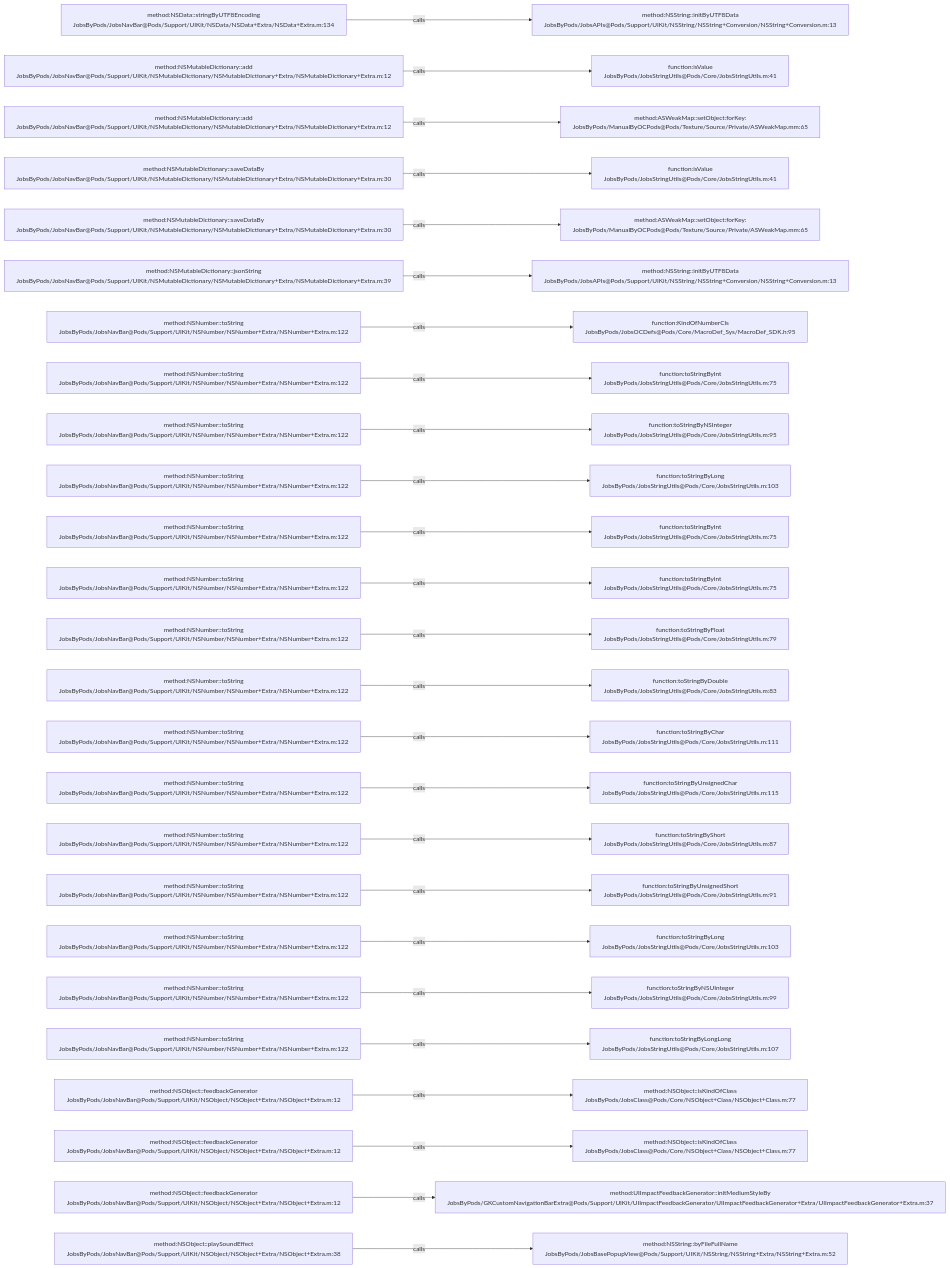
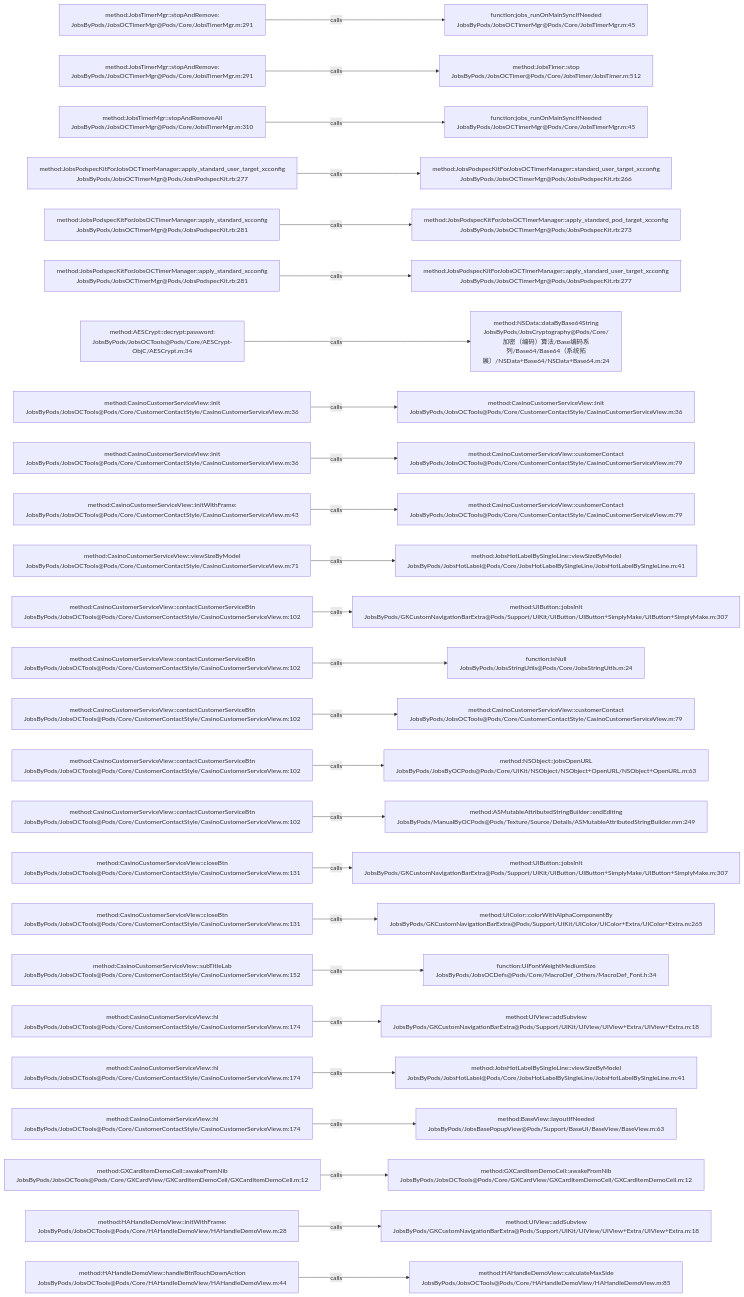
The diagram in .codegraph/codegraph.md/graphs/calls-147.md (JobsKits/JobsOCBaseConfigDemo), drawn with Mermaid before and after one commit. The commit also changed 1026 other files, not shown here.

````diff
--- a/.codegraph/codegraph.md/graphs/calls-147.md
+++ b/.codegraph/codegraph.md/graphs/calls-147.md
@@ -13,78 +13,78 @@
 ```mermaid
 flowchart LR
-  S1["method:NSData::stringByUTF8Encoding<br/>JobsByPods/JobsNavBar@Pods/Support/UIKit/NSData/NSData+Extra/NSData+Extra.m:134"]
-  T1["method:NSString::initByUTF8Data<br/>JobsByPods/JobsAPIs@Pods/Support/UIKit/NSString/NSString+Conversion/NSString+Conversion.m:13"]
+  S1["method:JobsTimerMgr::stopAndRemove:<br/>JobsByPods/JobsOCTimerMgr@Pods/Core/JobsTimerMgr.m:291"]
+  T1["function:jobs_runOnMainSyncIfNeeded<br/>JobsByPods/JobsOCTimerMgr@Pods/Core/JobsTimerMgr.m:45"]
   S1 -->|calls| T1
-  S2["method:NSMutableDictionary::add<br/>JobsByPods/JobsNavBar@Pods/Support/UIKit/NSMutableDictionary/NSMutableDictionary+Extra/NSMutableDictionary+Extra.m:12"]
-  T2["function:isValue<br/>JobsByPods/JobsStringUtils@Pods/Core/JobsStringUtils.m:41"]
+  S2["method:JobsTimerMgr::stopAndRemove:<br/>JobsByPods/JobsOCTimerMgr@Pods/Core/JobsTimerMgr.m:291"]
+  T2["method:JobsTimer::stop<br/>JobsByPods/JobsOCTimer@Pods/Core/JobsTimer/JobsTimer.m:512"]
   S2 -->|calls| T2
-  S3["method:NSMutableDictionary::add<br/>JobsByPods/JobsNavBar@Pods/Support/UIKit/NSMutableDictionary/NSMutableDictionary+Extra/NSMutableDictionary+Extra.m:12"]
-  T3["method:ASWeakMap::setObject:forKey:<br/>JobsByPods/ManualByOCPods@Pods/Texture/Source/Private/ASWeakMap.mm:65"]
+  S3["method:JobsTimerMgr::stopAndRemoveAll<br/>JobsByPods/JobsOCTimerMgr@Pods/Core/JobsTimerMgr.m:310"]
+  T3["function:jobs_runOnMainSyncIfNeeded<br/>JobsByPods/JobsOCTimerMgr@Pods/Core/JobsTimerMgr.m:45"]
   S3 -->|calls| T3
-  S4["method:NSMutableDictionary::saveDataBy<br/>JobsByPods/JobsNavBar@Pods/Support/UIKit/NSMutableDictionary/NSMutableDictionary+Extra/NSMutableDictionary+Extra.m:30"]
-  T4["function:isValue<br/>JobsByPods/JobsStringUtils@Pods/Core/JobsStringUtils.m:41"]
+  S4["method:JobsPodspecKitForJobsOCTimerManager::apply_standard_user_target_xcconfig<br/>JobsByPods/JobsOCTimerMgr@Pods/JobsPodspecKit.rb:277"]
+  T4["method:JobsPodspecKitForJobsOCTimerManager::standard_user_target_xcconfig<br/>JobsByPods/JobsOCTimerMgr@Pods/JobsPodspecKit.rb:266"]
   S4 -->|calls| T4
-  S5["method:NSMutableDictionary::saveDataBy<br/>JobsByPods/JobsNavBar@Pods/Support/UIKit/NSMutableDictionary/NSMutableDictionary+Extra/NSMutableDictionary+Extra.m:30"]
-  T5["method:ASWeakMap::setObject:forKey:<br/>JobsByPods/ManualByOCPods@Pods/Texture/Source/Private/ASWeakMap.mm:65"]
+  S5["method:JobsPodspecKitForJobsOCTimerManager::apply_standard_xcconfig<br/>JobsByPods/JobsOCTimerMgr@Pods/JobsPodspecKit.rb:281"]
+  T5["method:JobsPodspecKitForJobsOCTimerManager::apply_standard_pod_target_xcconfig<br/>JobsByPods/JobsOCTimerMgr@Pods/JobsPodspecKit.rb:273"]
   S5 -->|calls| T5
-  S6["method:NSMutableDictionary::jsonString<br/>JobsByPods/JobsNavBar@Pods/Support/UIKit/NSMutableDictionary/NSMutableDictionary+Extra/NSMutableDictionary+Extra.m:39"]
-  T6["method:NSString::initByUTF8Data<br/>JobsByPods/JobsAPIs@Pods/Support/UIKit/NSString/NSString+Conversion/NSString+Conversion.m:13"]
+  S6["method:JobsPodspecKitForJobsOCTimerManager::apply_standard_xcconfig<br/>JobsByPods/JobsOCTimerMgr@Pods/JobsPodspecKit.rb:281"]
+  T6["method:JobsPodspecKitForJobsOCTimerManager::apply_standard_user_target_xcconfig<br/>JobsByPods/JobsOCTimerMgr@Pods/JobsPodspecKit.rb:277"]
   S6 -->|calls| T6
-  S7["method:NSNumber::toString<br/>JobsByPods/JobsNavBar@Pods/Support/UIKit/NSNumber/NSNumber+Extra/NSNumber+Extra.m:122"]
-  T7["function:KindOfNumberCls<br/>JobsByPods/JobsOCDefs@Pods/Core/MacroDef_Sys/MacroDef_SDK.h:95"]
+  S7["method:AESCrypt::decrypt:password:<br/>JobsByPods/JobsOCTools@Pods/Core/AESCrypt-ObjC/AESCrypt.m:34"]
+  T7["method:NSData::dataByBase64String<br/>JobsByPods/JobsCryptography@Pods/Core/加密（编码）算法/Base编码系列/Base64/Base64（系统拓展）/NSData+Base64/NSData+Base64.m:24"]
   S7 -->|calls| T7
-  S8["method:NSNumber::toString<br/>JobsByPods/JobsNavBar@Pods/Support/UIKit/NSNumber/NSNumber+Extra/NSNumber+Extra.m:122"]
-  T8["function:toStringByInt<br/>JobsByPods/JobsStringUtils@Pods/Core/JobsStringUtils.m:75"]
+  S8["method:CasinoCustomerServiceView::init<br/>JobsByPods/JobsOCTools@Pods/Core/CustomerContactStyle/CasinoCustomerServiceView.m:36"]
+  T8["method:CasinoCustomerServiceView::init<br/>JobsByPods/JobsOCTools@Pods/Core/CustomerContactStyle/CasinoCustomerServiceView.m:36"]
   S8 -->|calls| T8
-  S9["method:NSNumber::toString<br/>JobsByPods/JobsNavBar@Pods/Support/UIKit/NSNumber/NSNumber+Extra/NSNumber+Extra.m:122"]
-  T9["function:toStringByNSInteger<br/>JobsByPods/JobsStringUtils@Pods/Core/JobsStringUtils.m:95"]
+  S9["method:CasinoCustomerServiceView::init<br/>JobsByPods/JobsOCTools@Pods/Core/CustomerContactStyle/CasinoCustomerServiceView.m:36"]
+  T9["method:CasinoCustomerServiceView::customerContact<br/>JobsByPods/JobsOCTools@Pods/Core/CustomerContactStyle/CasinoCustomerServiceView.m:79"]
   S9 -->|calls| T9
-  S10["method:NSNumber::toString<br/>JobsByPods/JobsNavBar@Pods/Support/UIKit/NSNumber/NSNumber+Extra/NSNumber+Extra.m:122"]
-  T10["function:toStringByLong<br/>JobsByPods/JobsStringUtils@Pods/Core/JobsStringUtils.m:103"]
+  S10["method:CasinoCustomerServiceView::initWithFrame:<br/>JobsByPods/JobsOCTools@Pods/Core/CustomerContactStyle/CasinoCustomerServiceView.m:43"]
+  T10["method:CasinoCustomerServiceView::customerContact<br/>JobsByPods/JobsOCTools@Pods/Core/CustomerContactStyle/CasinoCustomerServiceView.m:79"]
   S10 -->|calls| T10
-  S11["method:NSNumber::toString<br/>JobsByPods/JobsNavBar@Pods/Support/UIKit/NSNumber/NSNumber+Extra/NSNumber+Extra.m:122"]
-  T11["function:toStringByInt<br/>JobsByPods/JobsStringUtils@Pods/Core/JobsStringUtils.m:75"]
+  S11["method:CasinoCustomerServiceView::viewSizeByModel<br/>JobsByPods/JobsOCTools@Pods/Core/CustomerContactStyle/CasinoCustomerServiceView.m:71"]
+  T11["method:JobsHotLabelBySingleLine::viewSizeByModel<br/>JobsByPods/JobsHotLabel@Pods/Core/JobsHotLabelBySingleLine/JobsHotLabelBySingleLine.m:41"]
   S11 -->|calls| T11
-  S12["method:NSNumber::toString<br/>JobsByPods/JobsNavBar@Pods/Support/UIKit/NSNumber/NSNumber+Extra/NSNumber+Extra.m:122"]
-  T12["function:toStringByInt<br/>JobsByPods/JobsStringUtils@Pods/Core/JobsStringUtils.m:75"]
+  S12["method:CasinoCustomerServiceView::contactCustomerServiceBtn<br/>JobsByPods/JobsOCTools@Pods/Core/CustomerContactStyle/CasinoCustomerServiceView.m:102"]
+  T12["method:UIButton::jobsInit<br/>JobsByPods/GKCustomNavigationBarExtra@Pods/Support/UIKit/UIButton/UIButton+SimplyMake/UIButton+SimplyMake.m:307"]
   S12 -->|calls| T12
-  S13["method:NSNumber::toString<br/>JobsByPods/JobsNavBar@Pods/Support/UIKit/NSNumber/NSNumber+Extra/NSNumber+Extra.m:122"]
-  T13["function:toStringByFloat<br/>JobsByPods/JobsStringUtils@Pods/Core/JobsStringUtils.m:79"]
+  S13["method:CasinoCustomerServiceView::contactCustomerServiceBtn<br/>JobsByPods/JobsOCTools@Pods/Core/CustomerContactStyle/CasinoCustomerServiceView.m:102"]
+  T13["function:isNull<br/>JobsByPods/JobsStringUtils@Pods/Core/JobsStringUtils.m:24"]
   S13 -->|calls| T13
-  S14["method:NSNumber::toString<br/>JobsByPods/JobsNavBar@Pods/Support/UIKit/NSNumber/NSNumber+Extra/NSNumber+Extra.m:122"]
-  T14["function:toStringByDouble<br/>JobsByPods/JobsStringUtils@Pods/Core/JobsStringUtils.m:83"]
+  S14["method:CasinoCustomerServiceView::contactCustomerServiceBtn<br/>JobsByPods/JobsOCTools@Pods/Core/CustomerContactStyle/CasinoCustomerServiceView.m:102"]
+  T14["method:CasinoCustomerServiceView::customerContact<br/>JobsByPods/JobsOCTools@Pods/Core/CustomerContactStyle/CasinoCustomerServiceView.m:79"]
   S14 -->|calls| T14
-  S15["method:NSNumber::toString<br/>JobsByPods/JobsNavBar@Pods/Support/UIKit/NSNumber/NSNumber+Extra/NSNumber+Extra.m:122"]
-  T15["function:toStringByChar<br/>JobsByPods/JobsStringUtils@Pods/Core/JobsStringUtils.m:111"]
+  S15["method:CasinoCustomerServiceView::contactCustomerServiceBtn<br/>JobsByPods/JobsOCTools@Pods/Core/CustomerContactStyle/CasinoCustomerServiceView.m:102"]
+  T15["method:NSObject::jobsOpenURL<br/>JobsByPods/JobsByOCPods@Pods/Core/UIKit/NSObject/NSObject+OpenURL/NSObject+OpenURL.m:63"]
   S15 -->|calls| T15
-  S16["method:NSNumber::toString<br/>JobsByPods/JobsNavBar@Pods/Support/UIKit/NSNumber/NSNumber+Extra/NSNumber+Extra.m:122"]
-  T16["function:toStringByUnsignedChar<br/>JobsByPods/JobsStringUtils@Pods/Core/JobsStringUtils.m:115"]
+  S16["method:CasinoCustomerServiceView::contactCustomerServiceBtn<br/>JobsByPods/JobsOCTools@Pods/Core/CustomerContactStyle/CasinoCustomerServiceView.m:102"]
+  T16["method:ASMutableAttributedStringBuilder::endEditing<br/>JobsByPods/ManualByOCPods@Pods/Texture/Source/Details/ASMutableAttributedStringBuilder.mm:249"]
   S16 -->|calls| T16
-  S17["method:NSNumber::toString<br/>JobsByPods/JobsNavBar@Pods/Support/UIKit/NSNumber/NSNumber+Extra/NSNumber+Extra.m:122"]
-  T17["function:toStringByShort<br/>JobsByPods/JobsStringUtils@Pods/Core/JobsStringUtils.m:87"]
+  S17["method:CasinoCustomerServiceView::closeBtn<br/>JobsByPods/JobsOCTools@Pods/Core/CustomerContactStyle/CasinoCustomerServiceView.m:131"]
+  T17["method:UIButton::jobsInit<br/>JobsByPods/GKCustomNavigationBarExtra@Pods/Support/UIKit/UIButton/UIButton+SimplyMake/UIButton+SimplyMake.m:307"]
   S17 -->|calls| T17
-  S18["method:NSNumber::toString<br/>JobsByPods/JobsNavBar@Pods/Support/UIKit/NSNumber/NSNumber+Extra/NSNumber+Extra.m:122"]
-  T18["function:toStringByUnsignedShort<br/>JobsByPods/JobsStringUtils@Pods/Core/JobsStringUtils.m:91"]
+  S18["method:CasinoCustomerServiceView::closeBtn<br/>JobsByPods/JobsOCTools@Pods/Core/CustomerContactStyle/CasinoCustomerServiceView.m:131"]
+  T18["method:UIColor::colorWithAlphaComponentBy<br/>JobsByPods/GKCustomNavigationBarExtra@Pods/Support/UIKit/UIColor/UIColor+Extra/UIColor+Extra.m:265"]
   S18 -->|calls| T18
-  S19["method:NSNumber::toString<br/>JobsByPods/JobsNavBar@Pods/Support/UIKit/NSNumber/NSNumber+Extra/NSNumber+Extra.m:122"]
-  T19["function:toStringByLong<br/>JobsByPods/JobsStringUtils@Pods/Core/JobsStringUtils.m:103"]
+  S19["method:CasinoCustomerServiceView::subTitleLab<br/>JobsByPods/JobsOCTools@Pods/Core/CustomerContactStyle/CasinoCustomerServiceView.m:152"]
+  T19["function:UIFontWeightMediumSize<br/>JobsByPods/JobsOCDefs@Pods/Core/MacroDef_Others/MacroDef_Font.h:34"]
   S19 -->|calls| T19
-  S20["method:NSNumber::toString<br/>JobsByPods/JobsNavBar@Pods/Support/UIKit/NSNumber/NSNumber+Extra/NSNumber+Extra.m:122"]
-  T20["function:toStringByNSUInteger<br/>JobsByPods/JobsStringUtils@Pods/Core/JobsStringUtils.m:99"]
+  S20["method:CasinoCustomerServiceView::hl<br/>JobsByPods/JobsOCTools@Pods/Core/CustomerContactStyle/CasinoCustomerServiceView.m:174"]
+  T20["method:UIView::addSubview<br/>JobsByPods/GKCustomNavigationBarExtra@Pods/Support/UIKit/UIView/UIView+Extra/UIView+Extra.m:18"]
   S20 -->|calls| T20
-  S21["method:NSNumber::toString<br/>JobsByPods/JobsNavBar@Pods/Support/UIKit/NSNumber/NSNumber+Extra/NSNumber+Extra.m:122"]
-  T21["function:toStringByLongLong<br/>JobsByPods/JobsStringUtils@Pods/Core/JobsStringUtils.m:107"]
+  S21["method:CasinoCustomerServiceView::hl<br/>JobsByPods/JobsOCTools@Pods/Core/CustomerContactStyle/CasinoCustomerServiceView.m:174"]
+  T21["method:JobsHotLabelBySingleLine::viewSizeByModel<br/>JobsByPods/JobsHotLabel@Pods/Core/JobsHotLabelBySingleLine/JobsHotLabelBySingleLine.m:41"]
   S21 -->|calls| T21
-  S22["method:NSObject::feedbackGenerator<br/>JobsByPods/JobsNavBar@Pods/Support/UIKit/NSObject/NSObject+Extra/NSObject+Extra.m:12"]
-  T22["method:NSObject::isKindOfClass<br/>JobsByPods/JobsClass@Pods/Core/NSObject+Class/NSObject+Class.m:77"]
+  S22["method:CasinoCustomerServiceView::hl<br/>JobsByPods/JobsOCTools@Pods/Core/CustomerContactStyle/CasinoCustomerServiceView.m:174"]
+  T22["method:BaseView::layoutIfNeeded<br/>JobsByPods/JobsBasePopupView@Pods/Support/BaseUI/BaseView/BaseView.m:63"]
   S22 -->|calls| T22
-  S23["method:NSObject::feedbackGenerator<br/>JobsByPods/JobsNavBar@Pods/Support/UIKit/NSObject/NSObject+Extra/NSObject+Extra.m:12"]
-  T23["method:NSObject::isKindOfClass<br/>JobsByPods/JobsClass@Pods/Core/NSObject+Class/NSObject+Class.m:77"]
+  S23["method:GXCardItemDemoCell::awakeFromNib<br/>JobsByPods/JobsOCTools@Pods/Core/GXCardView/GXCardItemDemoCell/GXCardItemDemoCell.m:12"]
+  T23["method:GXCardItemDemoCell::awakeFromNib<br/>JobsByPods/JobsOCTools@Pods/Core/GXCardView/GXCardItemDemoCell/GXCardItemDemoCell.m:12"]
   S23 -->|calls| T23
-  S24["method:NSObject::feedbackGenerator<br/>JobsByPods/JobsNavBar@Pods/Support/UIKit/NSObject/NSObject+Extra/NSObject+Extra.m:12"]
-  T24["method:UIImpactFeedbackGenerator::initMediumStyleBy<br/>JobsByPods/GKCustomNavigationBarExtra@Pods/Support/UIKit/UIImpactFeedbackGenerator/UIImpactFeedbackGenerator+Extra/UIImpactFeedbackGenerator+Extra.m:37"]
+  S24["method:HAHandleDemoView::initWithFrame:<br/>JobsByPods/JobsOCTools@Pods/Core/HAHandleDemoView/HAHandleDemoView.m:28"]
+  T24["method:UIView::addSubview<br/>JobsByPods/GKCustomNavigationBarExtra@Pods/Support/UIKit/UIView/UIView+Extra/UIView+Extra.m:18"]
   S24 -->|calls| T24
-  S25["method:NSObject::playSoundEffect<br/>JobsByPods/JobsNavBar@Pods/Support/UIKit/NSObject/NSObject+Extra/NSObject+Extra.m:38"]
-  T25["method:NSString::byFileFullName<br/>JobsByPods/JobsBasePopupView@Pods/Support/UIKit/NSString/NSString+Extra/NSString+Extra.m:52"]
+  S25["method:HAHandleDemoView::handleBtnTouchDownAction<br/>JobsByPods/JobsOCTools@Pods/Core/HAHandleDemoView/HAHandleDemoView.m:44"]
+  T25["method:HAHandleDemoView::calculateMaxSide<br/>JobsByPods/JobsOCTools@Pods/Core/HAHandleDemoView/HAHandleDemoView.m:85"]
   S25 -->|calls| T25
 ```
````
